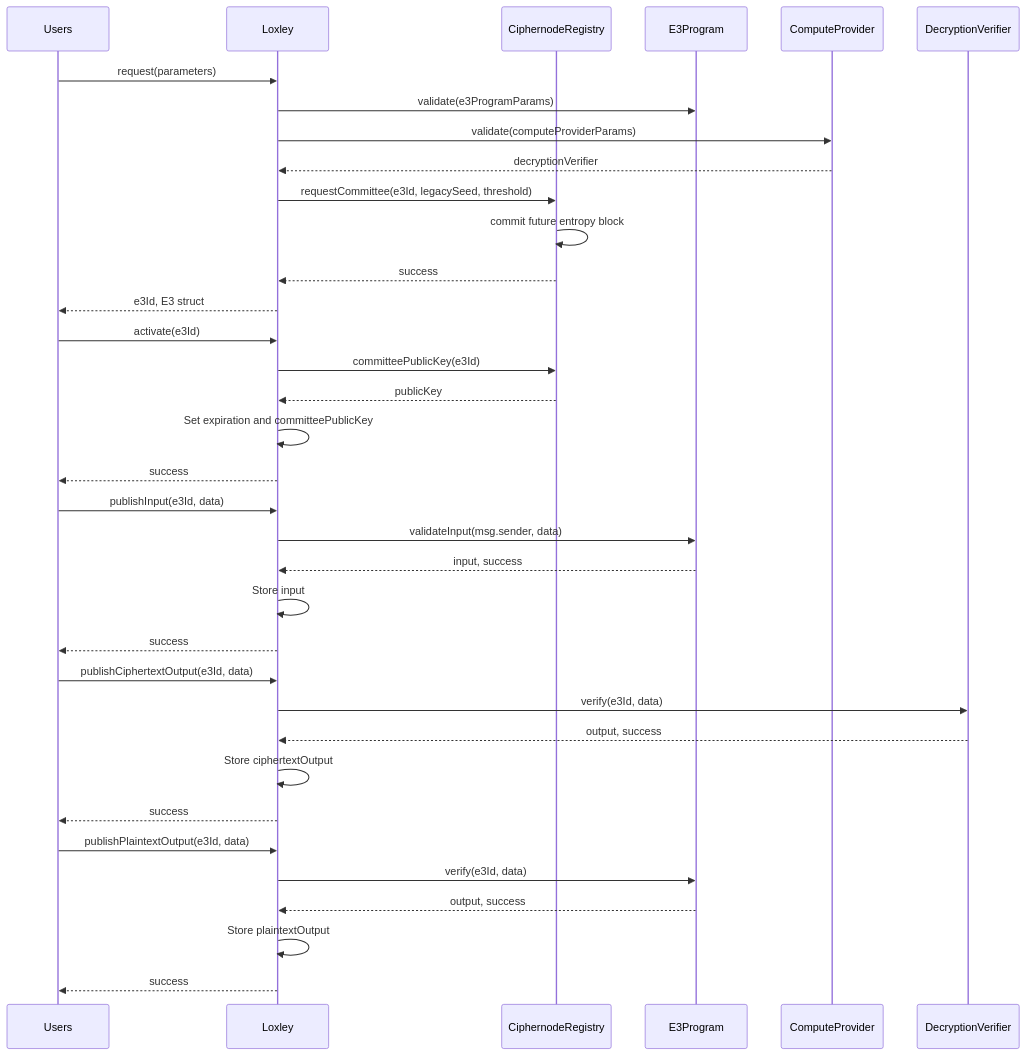
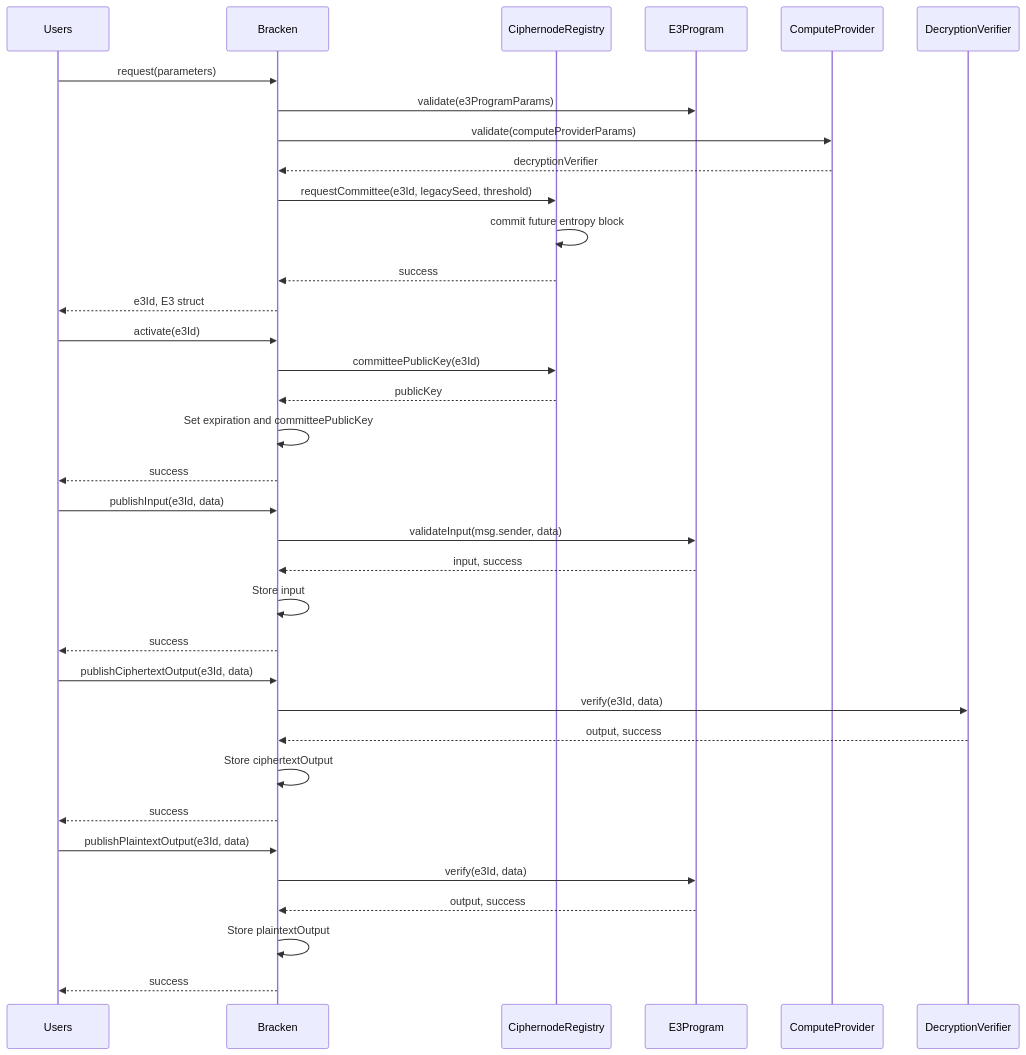
One commit to thecryptodog12-rgb/bracken changed the diagram in README.md. Above: the diagram before and after it, drawn with Mermaid. The commit also changed other lines of this file and 1660 other files, not shown here.

````diff
--- a/README.md
+++ b/README.md
@@ -220,42 +220,42 @@
 ```mermaid
 sequenceDiagram
     participant Users
-    participant Loxley
+    participant Bracken
     participant CiphernodeRegistry
     participant E3Program
     participant ComputeProvider
     participant DecryptionVerifier
 
-    Users->>Loxley: request(parameters)
-    Loxley->>E3Program: validate(e3ProgramParams)
-    Loxley->>ComputeProvider: validate(computeProviderParams)
-    ComputeProvider-->>Loxley: decryptionVerifier
-    Loxley->>CiphernodeRegistry: requestCommittee(e3Id, legacySeed, threshold)
+    Users->>Bracken: request(parameters)
+    Bracken->>E3Program: validate(e3ProgramParams)
+    Bracken->>ComputeProvider: validate(computeProviderParams)
+    ComputeProvider-->>Bracken: decryptionVerifier
+    Bracken->>CiphernodeRegistry: requestCommittee(e3Id, legacySeed, threshold)
     CiphernodeRegistry->>CiphernodeRegistry: commit future entropy block
-    CiphernodeRegistry-->>Loxley: success
-    Loxley-->>Users: e3Id, E3 struct
+    CiphernodeRegistry-->>Bracken: success
+    Bracken-->>Users: e3Id, E3 struct
 
-    Users->>Loxley: activate(e3Id)
-    Loxley->>CiphernodeRegistry: committeePublicKey(e3Id)
-    CiphernodeRegistry-->>Loxley: publicKey
-    Loxley->>Loxley: Set expiration and committeePublicKey
-    Loxley-->>Users: success
+    Users->>Bracken: activate(e3Id)
+    Bracken->>CiphernodeRegistry: committeePublicKey(e3Id)
+    CiphernodeRegistry-->>Bracken: publicKey
+    Bracken->>Bracken: Set expiration and committeePublicKey
+    Bracken-->>Users: success
 
-    Users->>Loxley: publishInput(e3Id, data)
-    Loxley->>E3Program: validateInput(msg.sender, data)
-    E3Program-->>Loxley: input, success
-    Loxley->>Loxley: Store input
-    Loxley-->>Users: success
+    Users->>Bracken: publishInput(e3Id, data)
+    Bracken->>E3Program: validateInput(msg.sender, data)
+    E3Program-->>Bracken: input, success
+    Bracken->>Bracken: Store input
+    Bracken-->>Users: success
 
-    Users->>Loxley: publishCiphertextOutput(e3Id, data)
-    Loxley->>DecryptionVerifier: verify(e3Id, data)
-    DecryptionVerifier-->>Loxley: output, success
-    Loxley->>Loxley: Store ciphertextOutput
-    Loxley-->>Users: success
+    Users->>Bracken: publishCiphertextOutput(e3Id, data)
+    Bracken->>DecryptionVerifier: verify(e3Id, data)
+    DecryptionVerifier-->>Bracken: output, success
+    Bracken->>Bracken: Store ciphertextOutput
+    Bracken-->>Users: success
 
-    Users->>Loxley: publishPlaintextOutput(e3Id, data)
-    Loxley->>E3Program: verify(e3Id, data)
-    E3Program-->>Loxley: output, success
-    Loxley->>Loxley: Store plaintextOutput
-    Loxley-->>Users: success
+    Users->>Bracken: publishPlaintextOutput(e3Id, data)
+    Bracken->>E3Program: verify(e3Id, data)
+    E3Program-->>Bracken: output, success
+    Bracken->>Bracken: Store plaintextOutput
+    Bracken-->>Users: success
 ```
````
